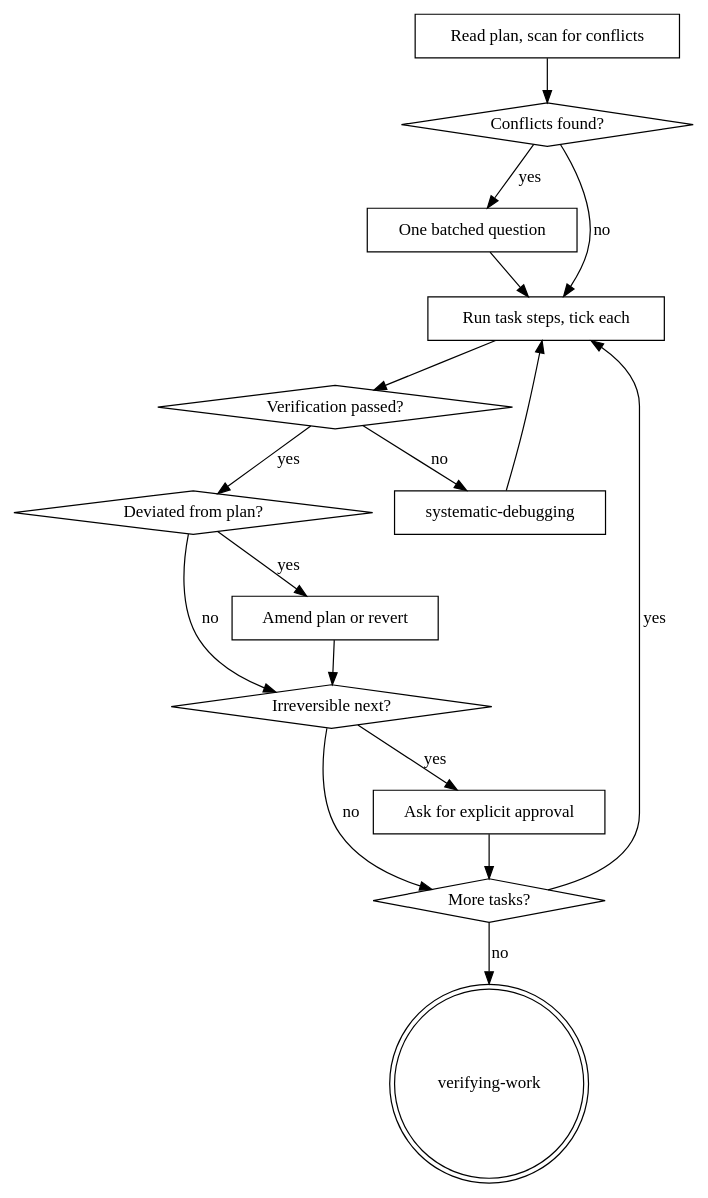
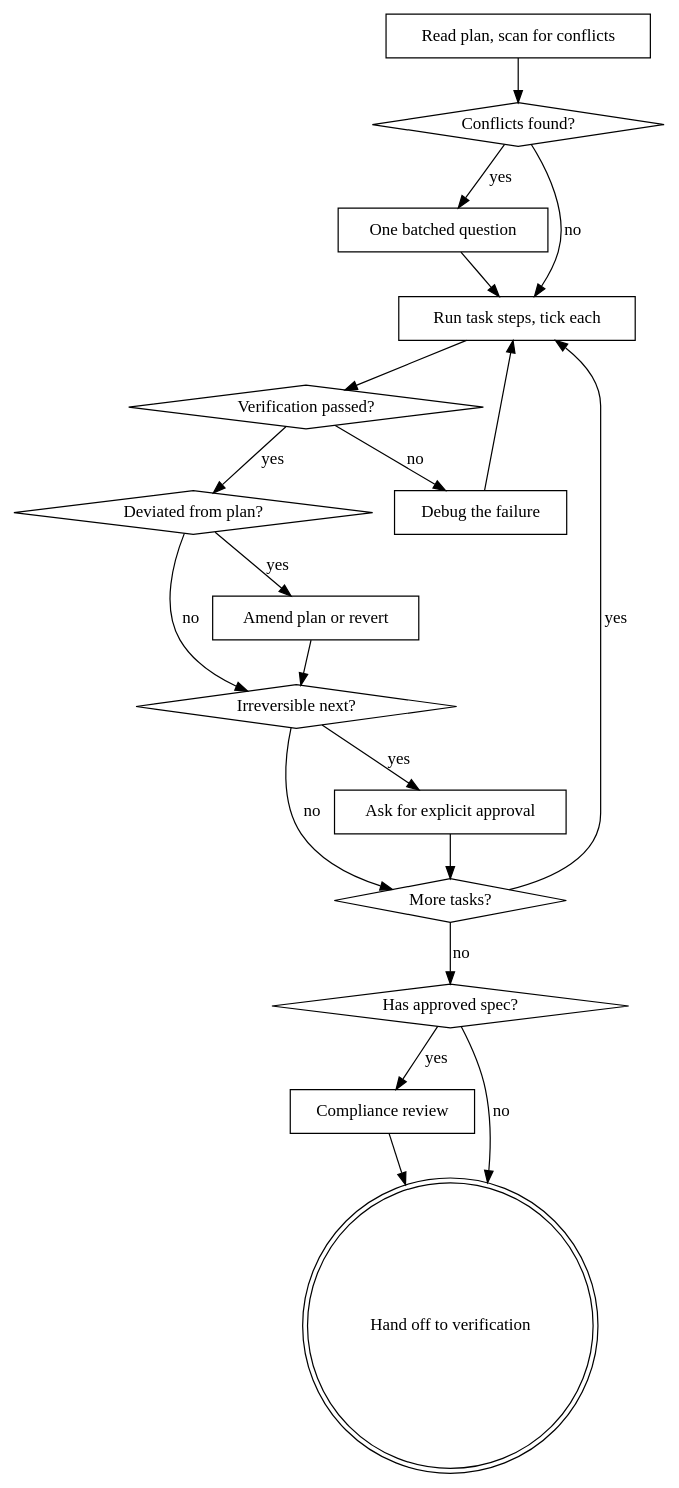
The diagram in .claude/skills/executing-plans/SKILL.md (vikasvijigiri/capability-layer), drawn with Graphviz before and after one commit. The commit also changed other lines of this file and 9 other files, not shown here.

````diff
--- a/.claude/skills/executing-plans/SKILL.md
+++ b/.claude/skills/executing-plans/SKILL.md
@@ -198,33 +210,38 @@
 ```dot
 digraph executing_plans {
     "Read plan, scan for conflicts" [shape=box];
     "Conflicts found?" [shape=diamond];
     "One batched question" [shape=box];
     "Run task steps, tick each" [shape=box];
     "Verification passed?" [shape=diamond];
-    "systematic-debugging" [shape=box];
+    "Debug the failure" [shape=box];
     "Deviated from plan?" [shape=diamond];
     "Amend plan or revert" [shape=box];
     "Irreversible next?" [shape=diamond];
     "Ask for explicit approval" [shape=box];
     "More tasks?" [shape=diamond];
-    "verifying-work" [shape=doublecircle];
+    "Has approved spec?" [shape=diamond];
+    "Compliance review" [shape=box];
+    "Hand off to verification" [shape=doublecircle];
 
     "Read plan, scan for conflicts" -> "Conflicts found?";
     "Conflicts found?" -> "One batched question" [label="yes"];
     "One batched question" -> "Run task steps, tick each";
     "Conflicts found?" -> "Run task steps, tick each" [label="no"];
     "Run task steps, tick each" -> "Verification passed?";
-    "Verification passed?" -> "systematic-debugging" [label="no"];
-    "systematic-debugging" -> "Run task steps, tick each";
+    "Verification passed?" -> "Debug the failure" [label="no"];
+    "Debug the failure" -> "Run task steps, tick each";
     "Verification passed?" -> "Deviated from plan?" [label="yes"];
     "Deviated from plan?" -> "Amend plan or revert" [label="yes"];
     "Amend plan or revert" -> "Irreversible next?";
     "Deviated from plan?" -> "Irreversible next?" [label="no"];
     "Irreversible next?" -> "Ask for explicit approval" [label="yes"];
     "Ask for explicit approval" -> "More tasks?";
     "Irreversible next?" -> "More tasks?" [label="no"];
     "More tasks?" -> "Run task steps, tick each" [label="yes"];
-    "More tasks?" -> "verifying-work" [label="no"];
+    "More tasks?" -> "Has approved spec?" [label="no"];
+    "Has approved spec?" -> "Compliance review" [label="yes"];
+    "Compliance review" -> "Hand off to verification";
+    "Has approved spec?" -> "Hand off to verification" [label="no"];
 }
 ```
````
